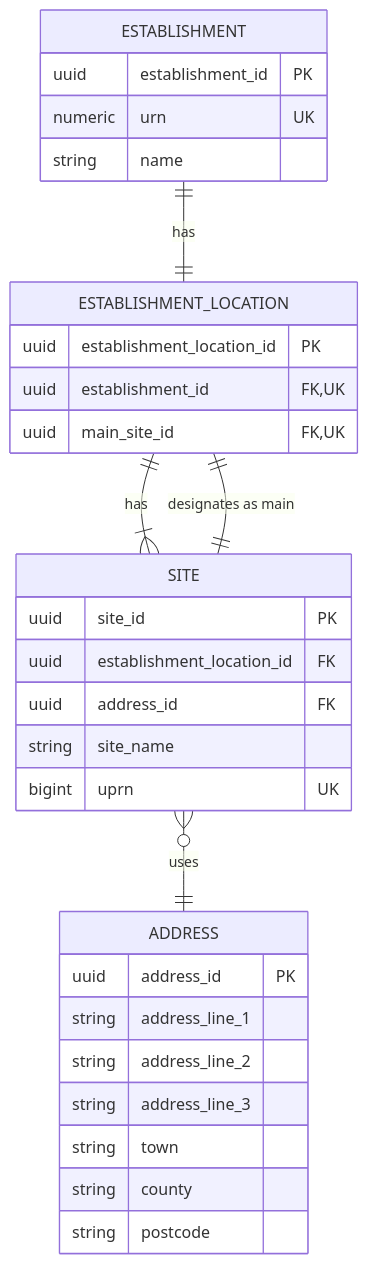
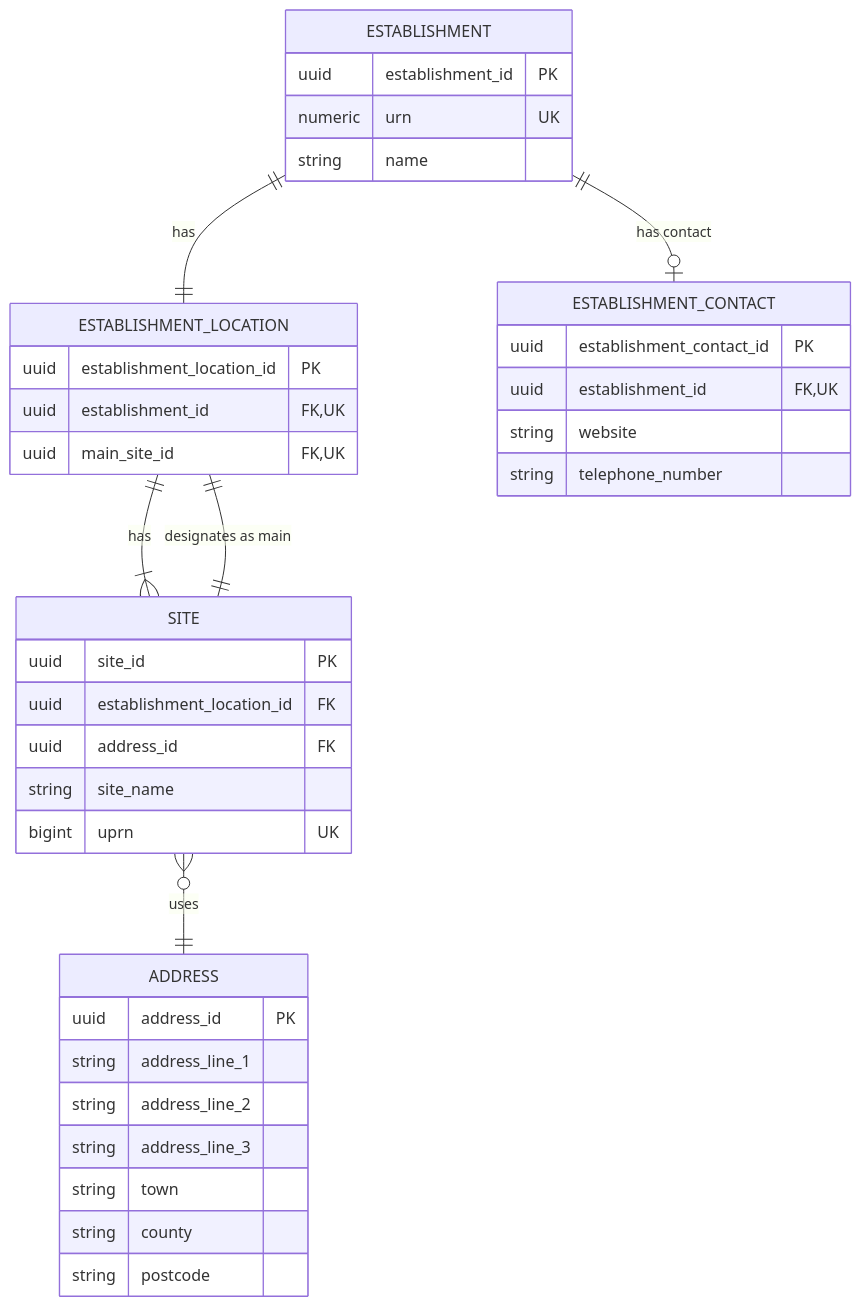
Before and after one commit to DFE-Digital/education-provider-registry-docs: the second of 3 diagrams in models/logical/establishment/core-establishment-data-logical-model.md, drawn with Mermaid. The commit also changed other lines of this file and 5 other files, not shown here.

````diff
--- a/models/logical/establishment/core-establishment-data-logical-model.md
+++ b/models/logical/establishment/core-establishment-data-logical-model.md
@@ -427,37 +588,45 @@
 ```mermaid
 erDiagram
     ESTABLISHMENT ||--|| ESTABLISHMENT_LOCATION : "has"
+    ESTABLISHMENT ||--o| ESTABLISHMENT_CONTACT : "has contact"
     ESTABLISHMENT_LOCATION ||--|{ SITE : "has"
     ESTABLISHMENT_LOCATION ||--|| SITE : "designates as main"
     SITE }o--|| ADDRESS : "uses"
 
     ESTABLISHMENT {
         uuid establishment_id PK
         numeric urn UK
         string name
     }
 
     ESTABLISHMENT_LOCATION {
         uuid establishment_location_id PK
         uuid establishment_id FK, UK
         uuid main_site_id FK, UK
+    }
+
+    ESTABLISHMENT_CONTACT {
+        uuid establishment_contact_id PK
+        uuid establishment_id FK, UK
+        string website
+        string telephone_number
     }
 
     SITE {
         uuid site_id PK
         uuid establishment_location_id FK
         uuid address_id FK
         string site_name
         bigint uprn UK
     }
 
     ADDRESS {
         uuid address_id PK
         string address_line_1
         string address_line_2
         string address_line_3
         string town
         string county
         string postcode
     }
 ```
````
